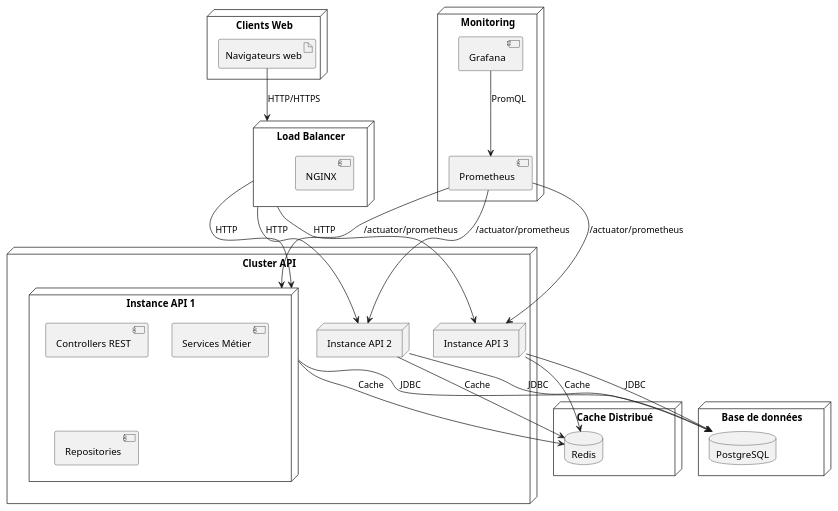
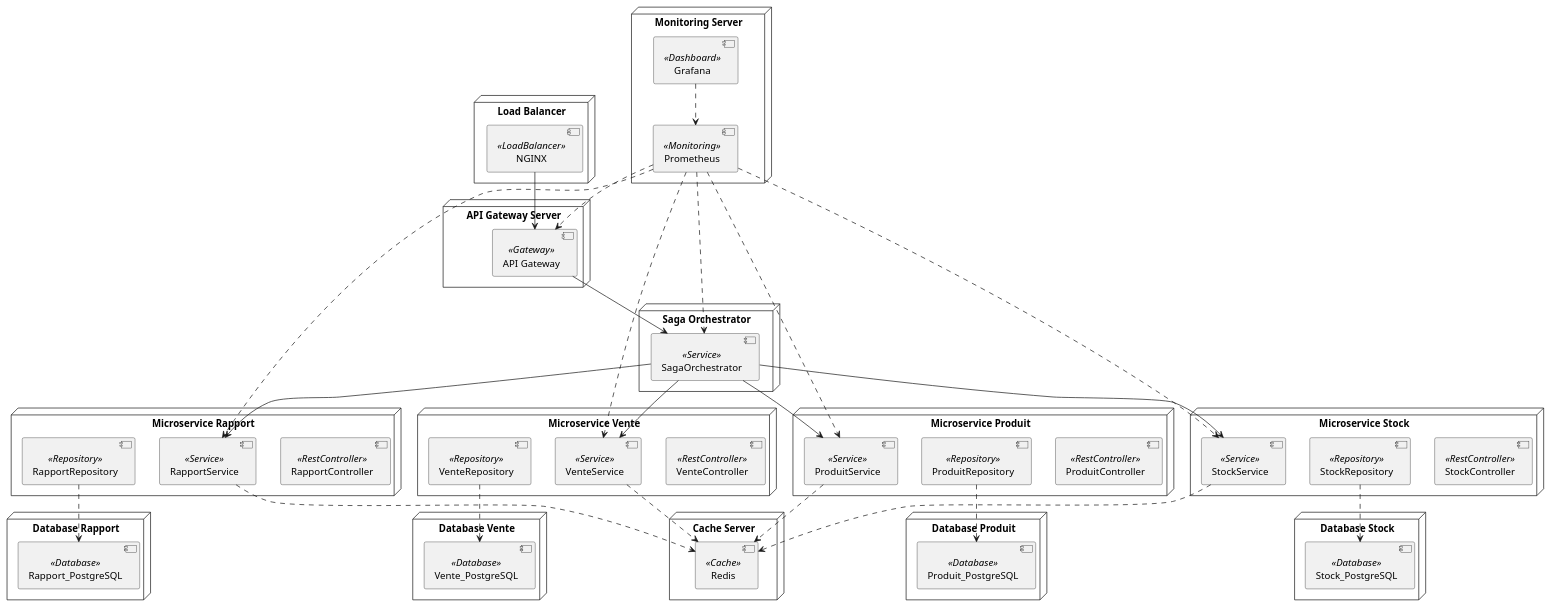
One commit to Anass1707/LOG430-labos changed the diagram in docs/UML/diagrammeDeploiement.puml. Above: the diagram before and after it, drawn with PlantUML. The commit also changed 16 other files, not shown here.

Commit message:
maj des diagrammes

```diff
--- a/docs/UML/diagrammeDeploiement.puml
+++ b/docs/UML/diagrammeDeploiement.puml
@@ -1,62 +1,91 @@
-@startuml
+@startuml DiagrammeDeploiement
 
-node "Clients Web" {
-  artifact "Navigateurs web"
+node "Load Balancer" {
+  component "NGINX" <<LoadBalancer>>
 }
 
-node "Load Balancer" as lb {
-  component "NGINX"
+node "API Gateway Server" {
+  component "API Gateway" <<Gateway>>
 }
 
-node "Cluster API" {
-  node "Instance API 1" {
-    component "Controllers REST"
-    component "Services Métier"
-    component "Repositories"
-  }
-  node "Instance API 2" {
-    component "Controllers REST"
-    component "Services Métier"
-    component "Repositories"
-  }
-  node "Instance API 3" {
-    component "Controllers REST"
-    component "Services Métier"
-    component "Repositories"
-  }
+node "Saga Orchestrator" {
+  component "SagaOrchestrator" <<Service>>
 }
 
-node "Cache Distribué" {
-  database "Redis"
+node "Microservice Vente" {
+  component "VenteController" <<RestController>>
+  component "VenteService" <<Service>>
+  component "VenteRepository" <<Repository>>
 }
 
-node "Base de données" {
-  database "PostgreSQL"
+node "Microservice Produit" {
+  component "ProduitController" <<RestController>>
+  component "ProduitService" <<Service>>
+  component "ProduitRepository" <<Repository>>
 }
 
-node "Monitoring" {
-  component "Prometheus"
-  component "Grafana"
+node "Microservice Stock" {
+  component "StockController" <<RestController>>
+  component "StockService" <<Service>>
+  component "StockRepository" <<Repository>>
 }
 
-"Navigateurs web" --> lb : HTTP/HTTPS
+node "Microservice Rapport" {
+  component "RapportController" <<RestController>>
+  component "RapportService" <<Service>>
+  component "RapportRepository" <<Repository>>
+}
 
-"Grafana" --> "Prometheus" : PromQL
+node "Cache Server" {
+  component "Redis" <<Cache>>
+}
 
-lb --> "Instance API 1" : HTTP
-lb --> "Instance API 2" : HTTP
-lb --> "Instance API 3" : HTTP
+node "Monitoring Server" {
+  component "Prometheus" <<Monitoring>>
+  component "Grafana" <<Dashboard>>
+}
 
-"Instance API 1" --> "Redis" : Cache
-"Instance API 2" --> "Redis" : Cache
-"Instance API 3" --> "Redis" : Cache
+node "Database Produit" {
+  component "Produit_PostgreSQL" <<Database>>
+}
 
-"Instance API 1" --> "PostgreSQL" : JDBC
-"Instance API 2" --> "PostgreSQL" : JDBC
-"Instance API 3" --> "PostgreSQL" : JDBC
+node "Database Vente" {
+  component "Vente_PostgreSQL" <<Database>>
+}
 
-"Prometheus" --> "Instance API 1" : /actuator/prometheus
-"Prometheus" --> "Instance API 2" : /actuator/prometheus
-"Prometheus" --> "Instance API 3" : /actuator/prometheus
+node "Database Stock" {
+  component "Stock_PostgreSQL" <<Database>>
+}
+node "Database Rapport" {
+  component "Rapport_PostgreSQL" <<Database>>
+}
+
+' Connexions principales
+"NGINX" --> "API Gateway"
+"API Gateway" --> "SagaOrchestrator"
+
+"SagaOrchestrator" --> "VenteService"
+"SagaOrchestrator" --> "ProduitService"
+"SagaOrchestrator" --> "StockService"
+"SagaOrchestrator" --> "RapportService"
+
+' Accès au cache
+"VenteService" ..> "Redis"
+"ProduitService" ..> "Redis"
+"StockService" ..> "Redis"
+"RapportService" ..> "Redis"
+
+' Monitoring
+"Prometheus" ..> "API Gateway"
+"Prometheus" ..> "VenteService"
+"Prometheus" ..> "ProduitService"
+"Prometheus" ..> "StockService"
+"Prometheus" ..> "RapportService"
+"Prometheus" ..> "SagaOrchestrator"
+"Grafana" ..> "Prometheus"
+"VenteRepository" ..> "Vente_PostgreSQL"
+"ProduitRepository" ..> "Produit_PostgreSQL"
+"StockRepository" ..> "Stock_PostgreSQL"
+"RapportRepository" ..> "Rapport_PostgreSQL"
 
 @enduml
```
